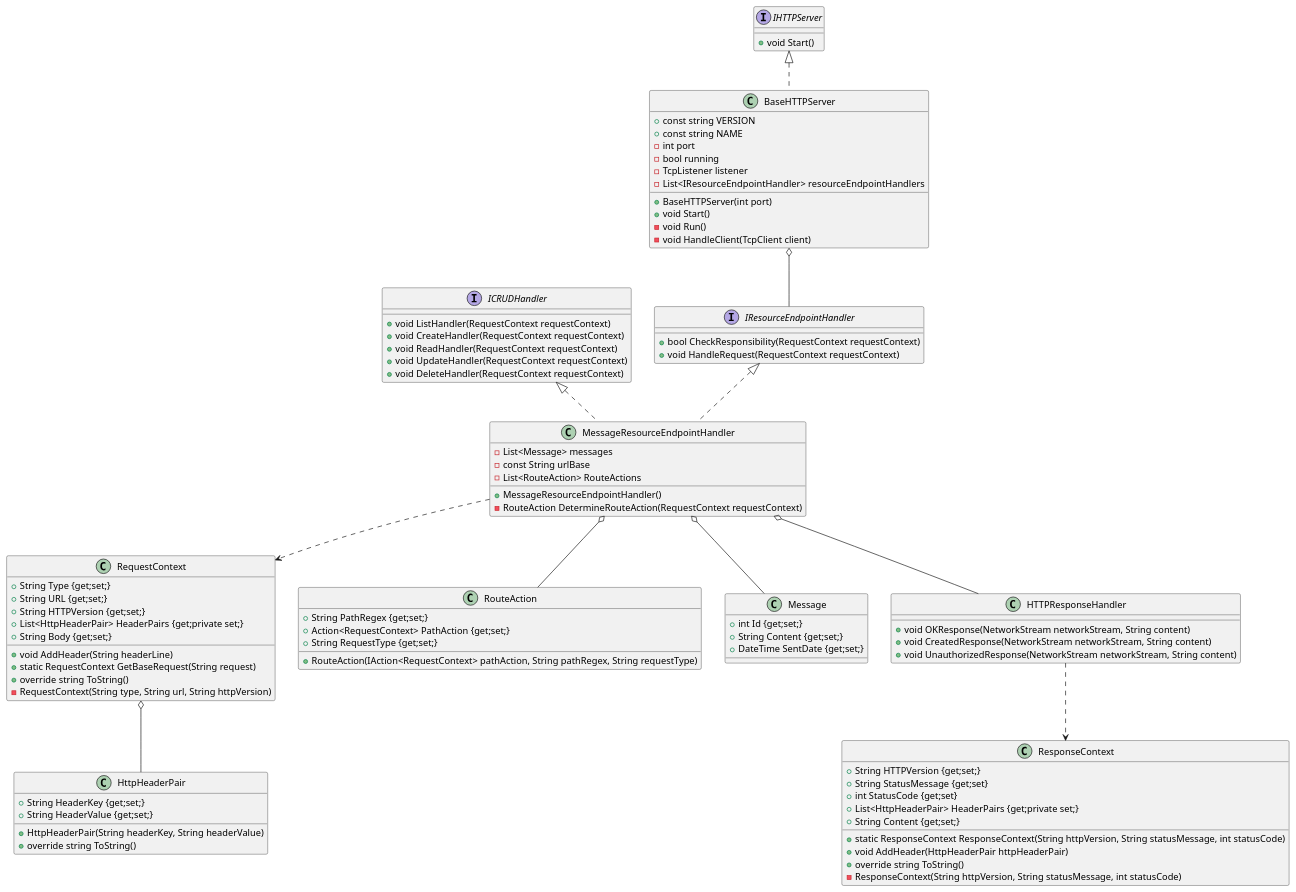
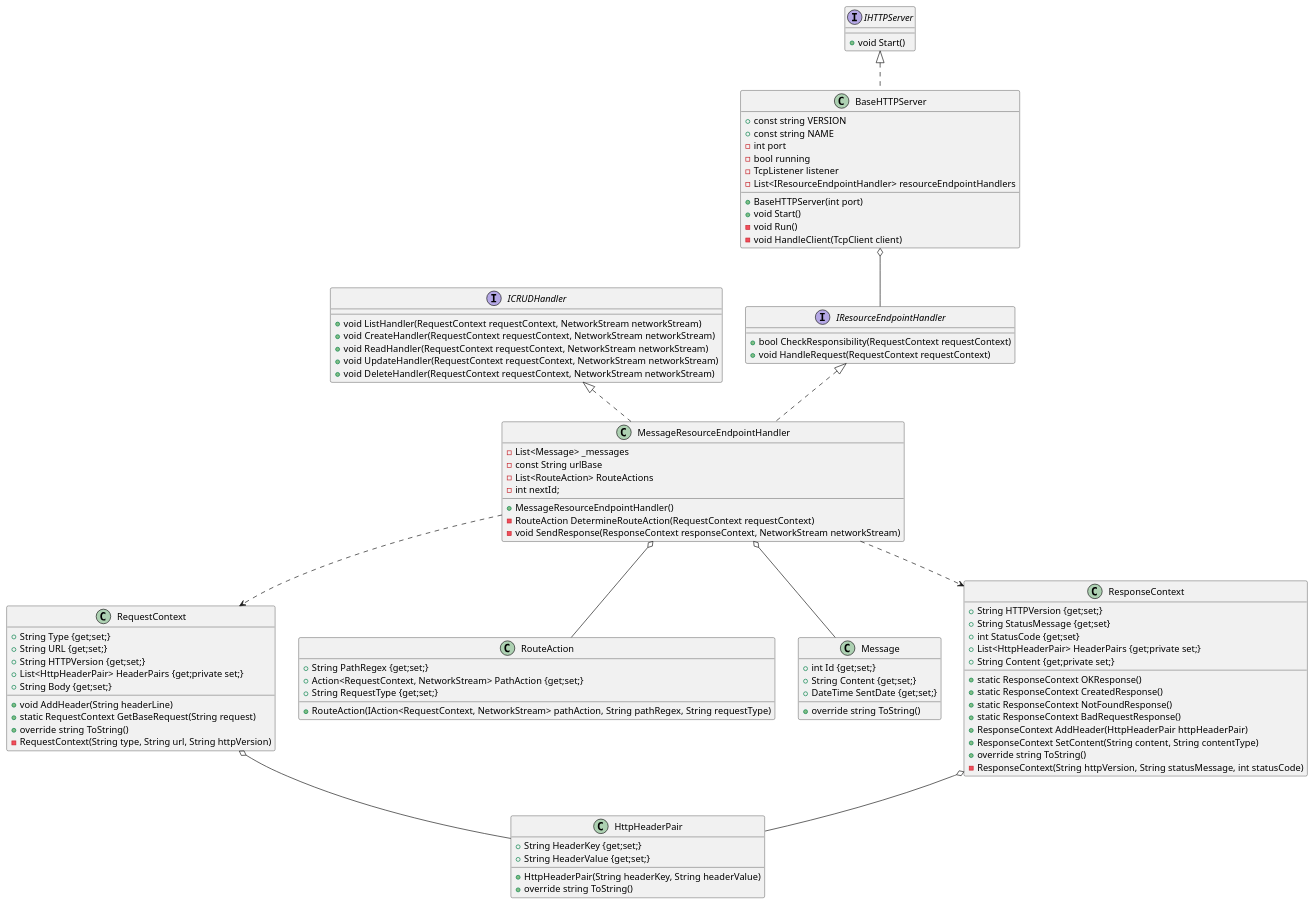
One commit to kretmatt/SWE1-REST-HTTP-Webservice changed the diagram in httprestserver_classdiagram.wsd. Above: the diagram before and after it, drawn with PlantUML. The commit also changed 2 other files, not shown here.

Commit message:
Add ResponseContext + corresponding unit tests; Update class diagram

```diff
--- a/httprestserver_classdiagram.wsd
+++ b/httprestserver_classdiagram.wsd
@@ -1,102 +1,103 @@
 class BaseHTTPServer implements IHTTPServer{
     + const string VERSION
     + const string NAME
     - int port
     - bool running
     - TcpListener listener
     - List<IResourceEndpointHandler> resourceEndpointHandlers
 
     + BaseHTTPServer(int port)
     + void Start()
     - void Run()
     - void HandleClient(TcpClient client)
 }
 
 class RequestContext{
     + String Type {get;set;}
     + String URL {get;set;}
     + String HTTPVersion {get;set;}
     + List<HttpHeaderPair> HeaderPairs {get;private set;}
     + String Body {get;set;}
 
     + void AddHeader(String headerLine)
     + static RequestContext GetBaseRequest(String request)
     + override string ToString()
     - RequestContext(String type, String url, String httpVersion)
 }
 
 class HttpHeaderPair{
     + String HeaderKey {get;set;}
     + String HeaderValue {get;set;}
 
     + HttpHeaderPair(String headerKey, String headerValue)
     + override string ToString()
 }
 
 interface IResourceEndpointHandler{
     + bool CheckResponsibility(RequestContext requestContext)
     + void HandleRequest(RequestContext requestContext)
 }
 
 interface ICRUDHandler{
-    + void ListHandler(RequestContext requestContext)
-    + void CreateHandler(RequestContext requestContext)
-    + void ReadHandler(RequestContext requestContext)
-    + void UpdateHandler(RequestContext requestContext)
-    + void DeleteHandler(RequestContext requestContext)
+    + void ListHandler(RequestContext requestContext, NetworkStream networkStream)
+    + void CreateHandler(RequestContext requestContext, NetworkStream networkStream)
+    + void ReadHandler(RequestContext requestContext, NetworkStream networkStream)
+    + void UpdateHandler(RequestContext requestContext, NetworkStream networkStream)
+    + void DeleteHandler(RequestContext requestContext, NetworkStream networkStream)
 }
 
 class MessageResourceEndpointHandler implements IResourceEndpointHandler, ICRUDHandler{
-    - List<Message> messages
+    - List<Message> _messages
     - const String urlBase
     - List<RouteAction> RouteActions
+    - int nextId;
 
     + MessageResourceEndpointHandler()
     - RouteAction DetermineRouteAction(RequestContext requestContext)
+    - void SendResponse(ResponseContext responseContext, NetworkStream networkStream)
 }
  class RouteAction{
      + String PathRegex {get;set;}
-     + Action<RequestContext> PathAction {get;set;}
+     + Action<RequestContext, NetworkStream> PathAction {get;set;}
      + String RequestType {get;set;}
 
-     + RouteAction(IAction<RequestContext> pathAction, String pathRegex, String requestType)
+     + RouteAction(IAction<RequestContext, NetworkStream> pathAction, String pathRegex, String requestType)
  }
 
  class Message{
      + int Id {get;set;}
      + String Content {get;set;}
      + DateTime SentDate {get;set;}
+
+     + override string ToString()
  }
 
 class ResponseContext{
     + String HTTPVersion {get;set;}
     + String StatusMessage {get;set}
     + int StatusCode {get;set}
     + List<HttpHeaderPair> HeaderPairs {get;private set;}
-    + String Content {get;set;}
+    + String Content {get;private set;}
 
-    + static ResponseContext ResponseContext(String httpVersion, String statusMessage, int statusCode)
-    + void AddHeader(HttpHeaderPair httpHeaderPair)
+    + static ResponseContext OKResponse()
+    + static ResponseContext CreatedResponse()
+    + static ResponseContext NotFoundResponse()
+    + static ResponseContext BadRequestResponse()
+    + ResponseContext AddHeader(HttpHeaderPair httpHeaderPair)
+    + ResponseContext SetContent(String content, String contentType)
     + override string ToString()
     - ResponseContext(String httpVersion, String statusMessage, int statusCode)
-}
-
-class HTTPResponseHandler{
-    + void OKResponse(NetworkStream networkStream, String content)
-    + void CreatedResponse(NetworkStream networkStream, String content)
-    + void UnauthorizedResponse(NetworkStream networkStream, String content)
 }
 
 interface IHTTPServer{
     + void Start()
 }
 
 
  BaseHTTPServer o-- IResourceEndpointHandler
  RequestContext o-- HttpHeaderPair
  MessageResourceEndpointHandler o-- RouteAction
  MessageResourceEndpointHandler o--Message
-MessageResourceEndpointHandler o-- HTTPResponseHandler
-
-HTTPResponseHandler..>ResponseContext
+ MessageResourceEndpointHandler ..> ResponseContext
  MessageResourceEndpointHandler ..> RequestContext
+ ResponseContext o-- HttpHeaderPair
```
